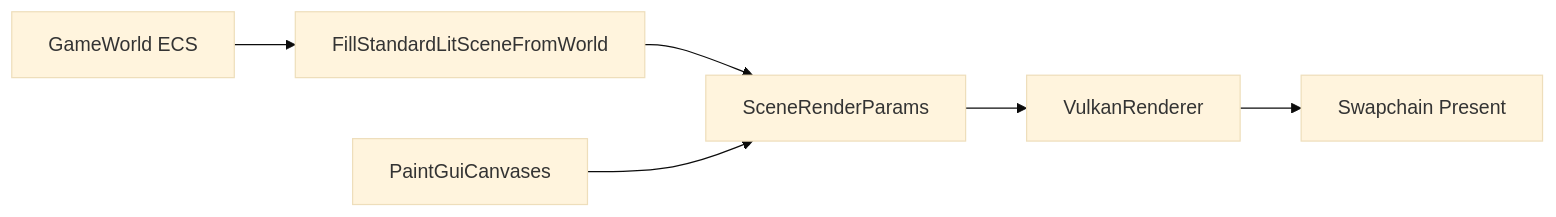
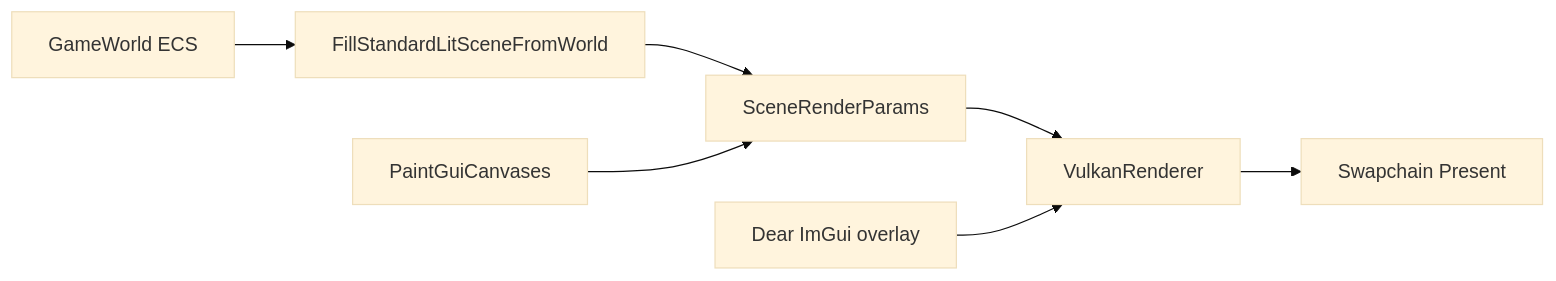
The diagram in docs/programming-guide/1-overview-architecture/02-engine-capabilities.md (hoihky/spark), drawn with Mermaid (base theme) before and after one commit. The commit also changed other lines of this file and 169 other files, not shown here.

Commit message:
add Dear imgui integration and removed unused demo

````diff
--- a/docs/programming-guide/1-overview-architecture/02-engine-capabilities.md
+++ b/docs/programming-guide/1-overview-architecture/02-engine-capabilities.md
@@ -10,8 +10,9 @@
 ```mermaid
 flowchart LR
     ECS[GameWorld ECS] --> Fill[FillStandardLitSceneFromWorld]
     Fill --> SRP[SceneRenderParams]
     GUI[PaintGuiCanvases] --> SRP
     SRP --> VK[VulkanRenderer]
+    IMGUI[Dear ImGui overlay] --> VK
     VK --> Present[Swapchain Present]
 ```
````
